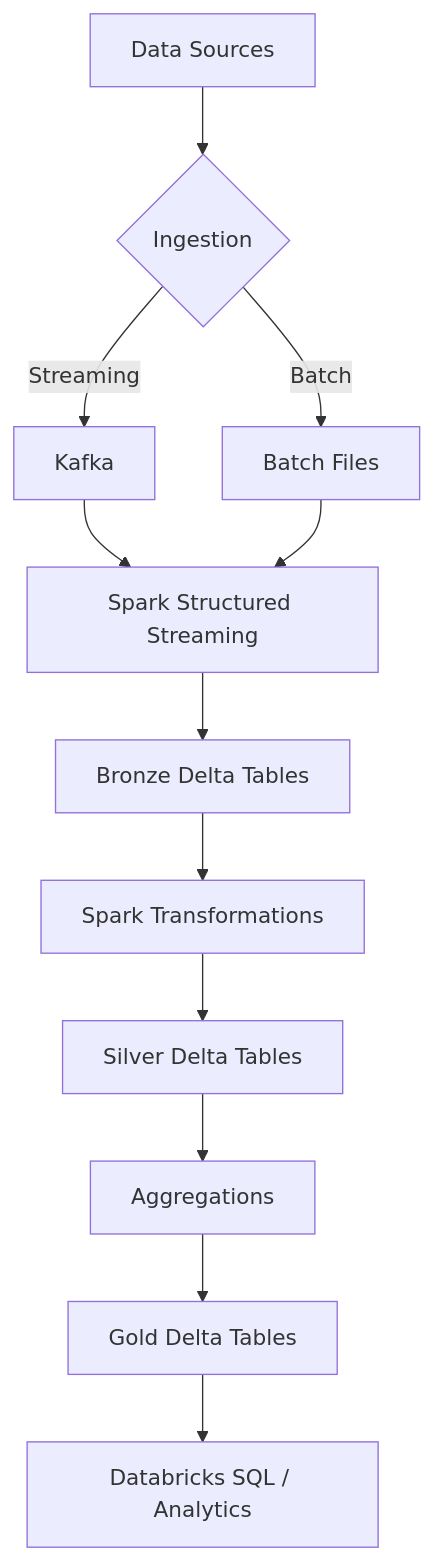
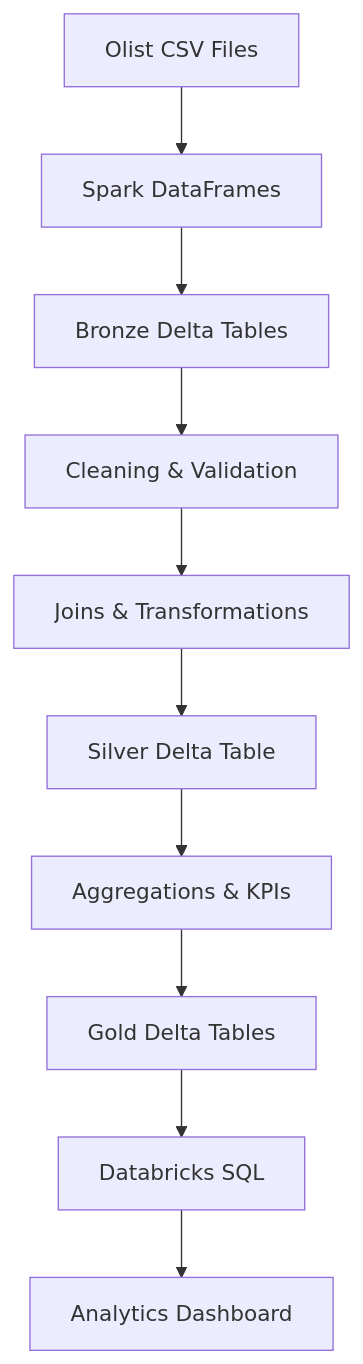
One commit to yunusbaskan04/databricks-ecommerce-data-platform changed the second of 3 diagrams in README.md. Above: the diagram before and after it, drawn with Mermaid. The commit also changed other lines of this file and 1 other file, not shown here.

Commit message:
docs: document analytics layer and dashboard

````diff
--- a/README.md
+++ b/README.md
@@ -29,22 +52,20 @@
 ```mermaid
 flowchart TD
-    A[Data Sources] --> B{Ingestion}
+    A[Olist CSV Files]
+    --> B[Spark DataFrames]
 
-    B -->|Streaming| C[Kafka]
-    B -->|Batch| D[Batch Files]
+    B --> C[Bronze Delta Tables]
 
-    C --> E[Spark Structured Streaming]
-    D --> E
+    C --> D[Cleaning & Validation]
+    D --> E[Joins & Transformations]
 
-    E --> F[Bronze Delta Tables]
+    E --> F[Silver Delta Table]
 
-    F --> G[Spark Transformations]
+    F --> G[Aggregations & KPIs]
 
-    G --> H[Silver Delta Tables]
+    G --> H[Gold Delta Tables]
 
-    H --> I[Aggregations]
+    H --> I[Databricks SQL]
 
-    I --> J[Gold Delta Tables]
-
-    J --> K[Databricks SQL / Analytics]
+    I --> J[Analytics Dashboard]
 ```
````
